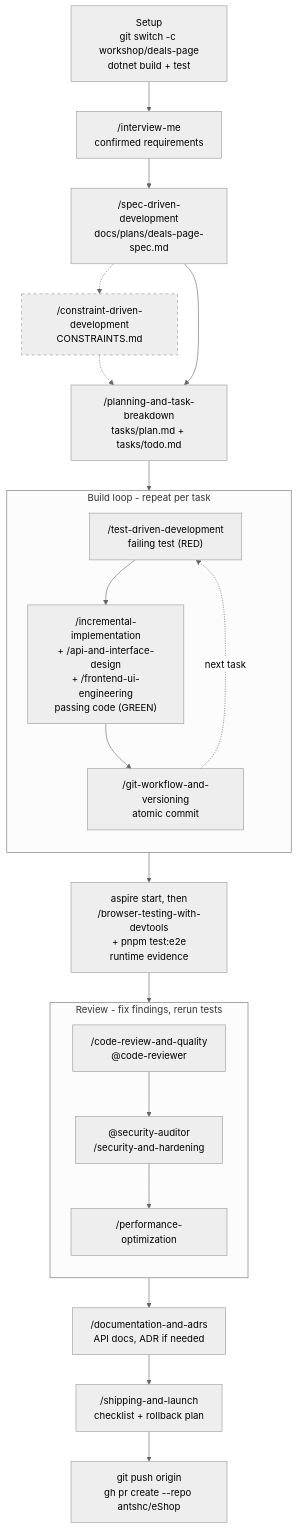
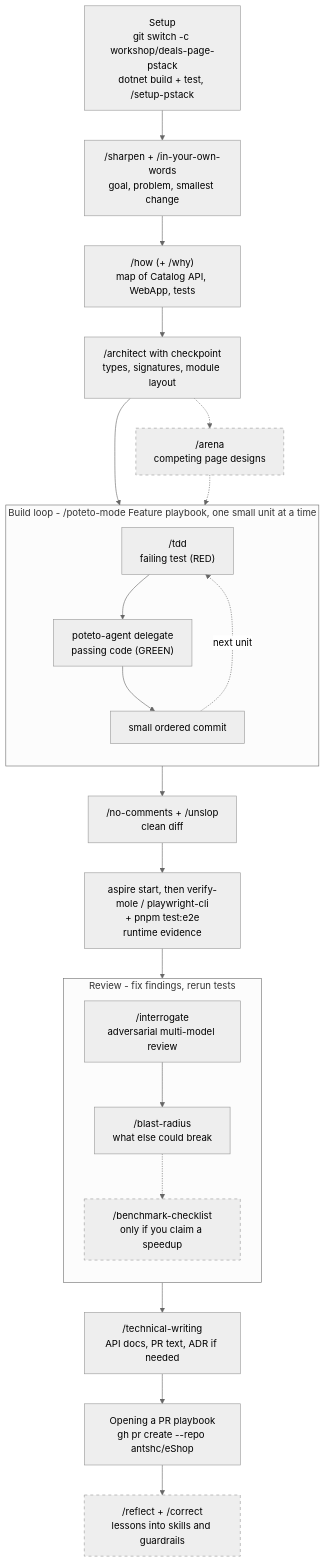
One commit to antshc/eShop changed the diagram in .github/skills/README.md. Above: the diagram before and after it, drawn with Mermaid (neutral theme). The commit also changed other lines of this file and 533 other files, not shown here.

First line of the commit message:
Add pstack skills and agents adapted for Copilot

````diff
--- a/.github/skills/README.md
+++ b/.github/skills/README.md
@@ -66,38 +89,39 @@
 ```mermaid
 flowchart TB
-    S0["Setup<br/>git switch -c workshop/deals-page<br/>dotnet build + test"]
-    S1["/interview-me<br/>confirmed requirements"]
-    S2["/spec-driven-development<br/>docs/plans/deals-page-spec.md"]
-    S3["/constraint-driven-development<br/>CONSTRAINTS.md"]
-    S4["/planning-and-task-breakdown<br/>tasks/plan.md + tasks/todo.md"]
+    S0["Setup<br/>git switch -c workshop/deals-page-pstack<br/>dotnet build + test, /setup-pstack"]
+    S1["/sharpen + /in-your-own-words<br/>goal, problem, smallest change"]
+    S2["/how (+ /why)<br/>map of Catalog API, WebApp, tests"]
+    S3["/architect with checkpoint<br/>types, signatures, module layout"]
+    S4["/arena<br/>competing page designs"]
 
-    subgraph LOOP["Build loop - repeat per task"]
+    subgraph LOOP["Build loop - /poteto-mode Feature playbook, one small unit at a time"]
         direction TB
-        B1["/test-driven-development<br/>failing test (RED)"]
-        B2["/incremental-implementation<br/>+ /api-and-interface-design<br/>+ /frontend-ui-engineering<br/>passing code (GREEN)"]
-        B3["/git-workflow-and-versioning<br/>atomic commit"]
+        B1["/tdd<br/>failing test (RED)"]
+        B2["poteto-agent delegate<br/>passing code (GREEN)"]
+        B3["small ordered commit"]
         B1 --> B2 --> B3
-        B3 -. next task .-> B1
+        B3 -. next unit .-> B1
     end
 
-    V["aspire start, then<br/>/browser-testing-with-devtools<br/>+ pnpm test:e2e<br/>runtime evidence"]
+    C["/no-comments + /unslop<br/>clean diff"]
+    V["aspire start, then verify-mole / playwright-cli<br/>+ pnpm test:e2e<br/>runtime evidence"]
 
     subgraph REVIEW["Review - fix findings, rerun tests"]
         direction TB
-        R1["/code-review-and-quality<br/>@code-reviewer"]
-        R2["@security-auditor<br/>/security-and-hardening"]
-        R3["/performance-optimization"]
-        R1 --> R2 --> R3
+        R1["/interrogate<br/>adversarial multi-model review"]
+        R2["/blast-radius<br/>what else could break"]
+        R3["/benchmark-checklist<br/>only if you claim a speedup"]
+        R1 --> R2 -.-> R3
     end
 
-    D["/documentation-and-adrs<br/>API docs, ADR if needed"]
-    L["/shipping-and-launch<br/>checklist + rollback plan"]
-    P["git push origin<br/>gh pr create --repo antshc/eShop"]
+    D["/technical-writing<br/>API docs, PR text, ADR if needed"]
+    P["Opening a PR playbook<br/>gh pr create --repo antshc/eShop"]
+    L["/reflect + /correct<br/>lessons into skills and guardrails"]
 
-    S0 --> S1 --> S2 -.-> S3 -.-> S4
-    S2 --> S4
-    S4 --> LOOP --> V --> REVIEW --> D --> L --> P
+    S0 --> S1 --> S2 --> S3 --> LOOP
+    S3 -.-> S4 -.-> LOOP
+    LOOP --> C --> V --> REVIEW --> D --> P --> L
 
     classDef optional stroke-dasharray: 5 5;
-    class S3 optional;
+    class S4,R3,L optional;
 ```
````
